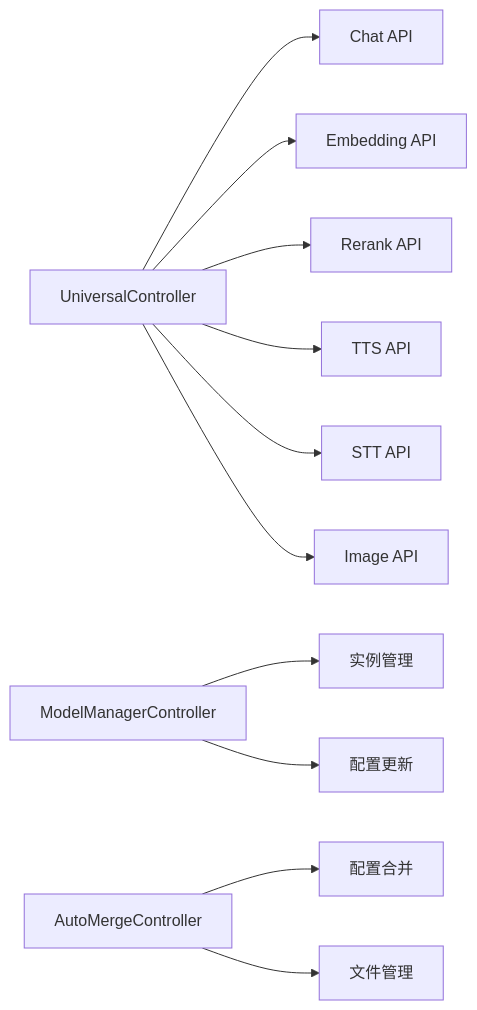
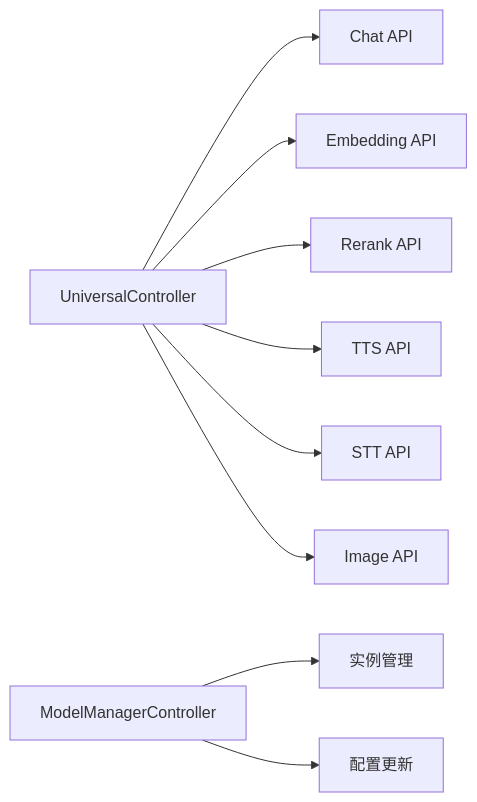
One commit to Lincoln-cn/JAiRouter changed the second of 8 diagrams in docs/zh/development/architecture.md. Above: the diagram before and after it, drawn with Mermaid. The commit also changed other lines of this file and 15 other files, not shown here.

````diff
--- a/docs/zh/development/architecture.md
+++ b/docs/zh/development/architecture.md
@@ -67,15 +65,12 @@
 ```mermaid
 graph LR
     A[UniversalController] --> B[Chat API]
     A --> C[Embedding API]
     A --> D[Rerank API]
     A --> E[TTS API]
     A --> F[STT API]
     A --> G[Image API]
-    
+
     H[ModelManagerController] --> I[实例管理]
     H --> J[配置更新]
-    
-    K[AutoMergeController] --> L[配置合并]
-    K --> M[文件管理]
 ```
````
